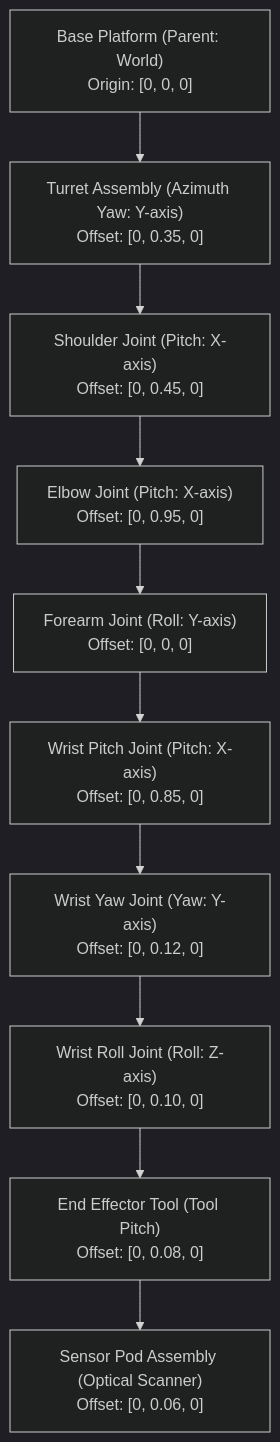
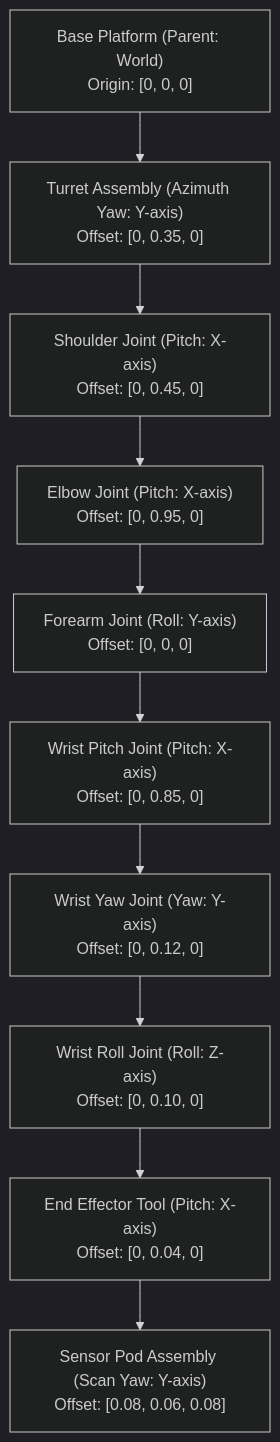
Before and after one commit to LeanoA/twinstream: the second of 2 diagrams in ARTICLE_DRAFT.md, drawn with Mermaid (dark theme).

Commit message:
docs(article): update kinematic graph offsets and axes to match current robot

````diff
--- a/ARTICLE_DRAFT.md
+++ b/ARTICLE_DRAFT.md
@@ -158,12 +158,12 @@
 ```mermaid
 graph TD
     Base["Base Platform (Parent: World)\nOrigin: [0, 0, 0]"] --> Turret["Turret Assembly (Azimuth Yaw: Y-axis)\nOffset: [0, 0.35, 0]"]
     Turret --> Shoulder["Shoulder Joint (Pitch: X-axis)\nOffset: [0, 0.45, 0]"]
     Shoulder --> Elbow["Elbow Joint (Pitch: X-axis)\nOffset: [0, 0.95, 0]"]
     Elbow --> Forearm["Forearm Joint (Roll: Y-axis)\nOffset: [0, 0, 0]"]
     Forearm --> WristPitch["Wrist Pitch Joint (Pitch: X-axis)\nOffset: [0, 0.85, 0]"]
     WristPitch --> WristYaw["Wrist Yaw Joint (Yaw: Y-axis)\nOffset: [0, 0.12, 0]"]
     WristYaw --> WristRoll["Wrist Roll Joint (Roll: Z-axis)\nOffset: [0, 0.10, 0]"]
-    WristRoll --> EndEffector["End Effector Tool (Tool Pitch)\nOffset: [0, 0.08, 0]"]
-    EndEffector --> SensorPod["Sensor Pod Assembly (Optical Scanner)\nOffset: [0, 0.06, 0]"]
+    WristRoll --> EndEffector["End Effector Tool (Pitch: X-axis)\nOffset: [0, 0.04, 0]"]
+    EndEffector --> SensorPod["Sensor Pod Assembly (Scan Yaw: Y-axis)\nOffset: [0.08, 0.06, 0.08]"]
 ```
````
